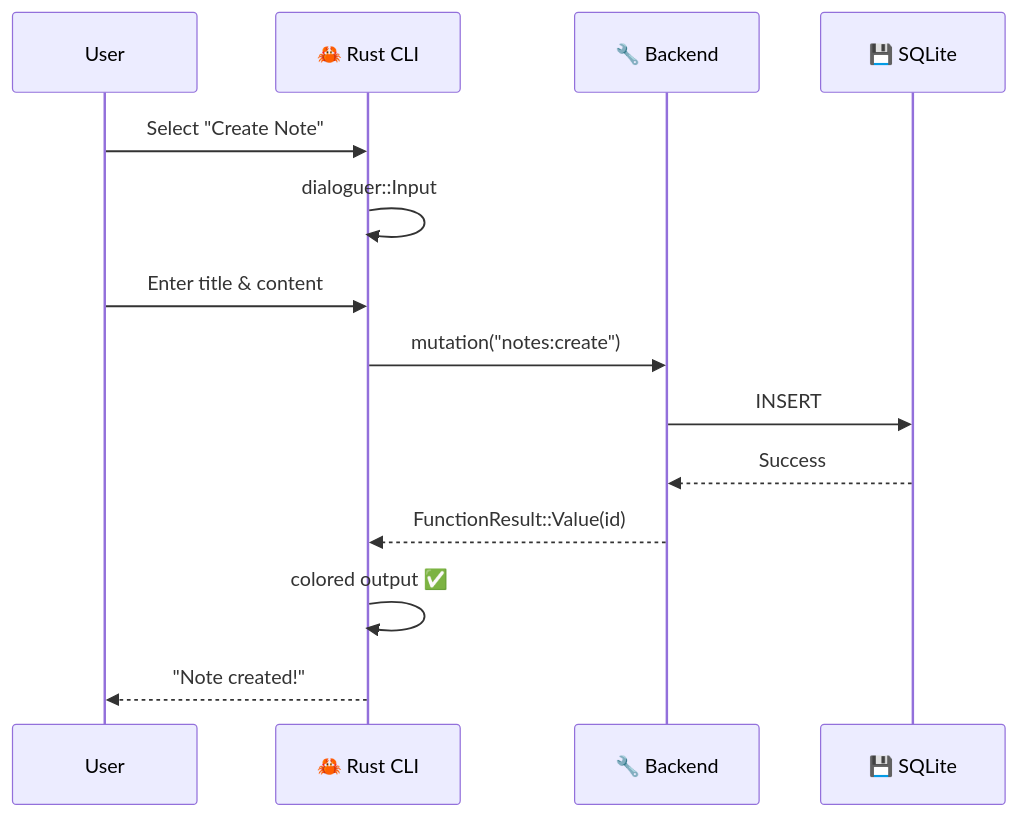
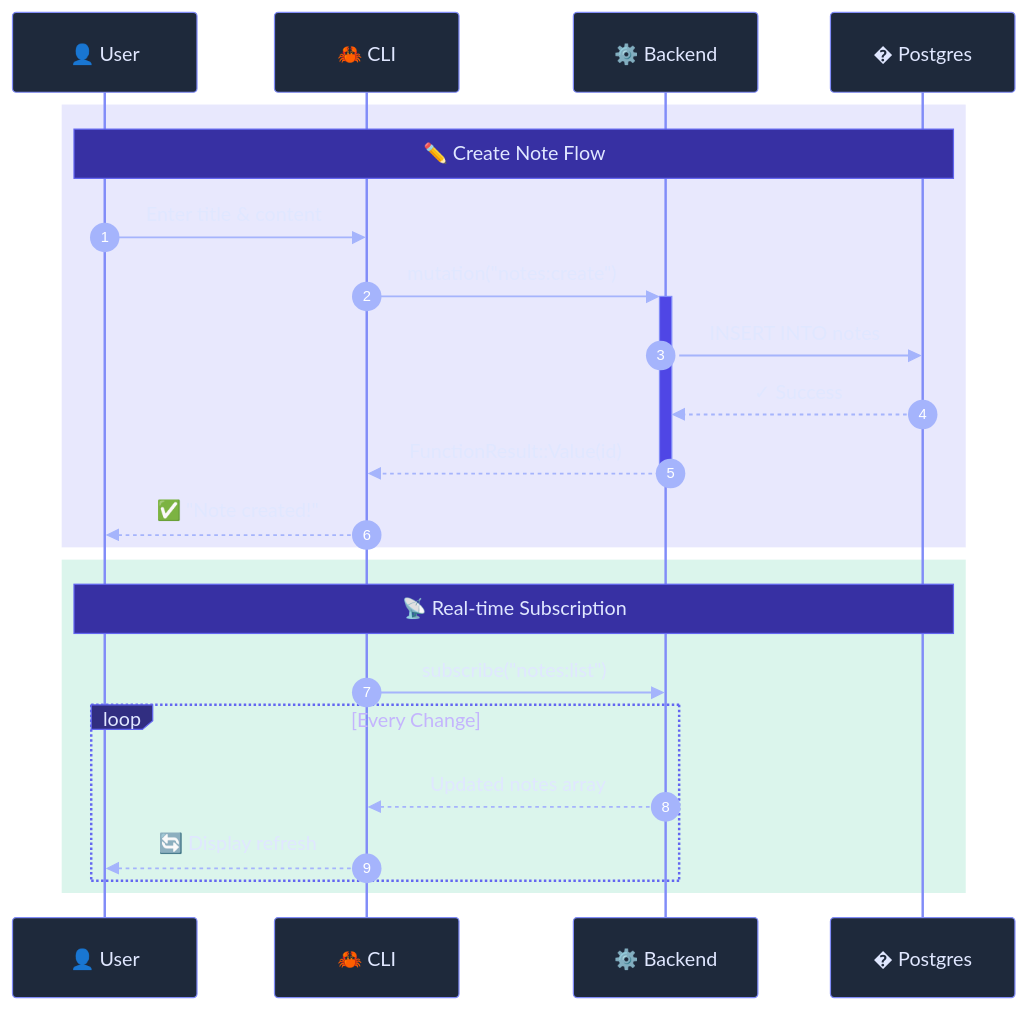
The third of 5 diagrams in README.md (sabry-awad97/convex-notes), drawn with Mermaid before and after one commit. The commit also changed other lines of this file, not shown here.

````diff
--- a/README.md
+++ b/README.md
@@ -273,17 +278,30 @@
 ```mermaid
+%%{init: {'theme': 'base', 'themeVariables': { 'primaryColor': '#6366f1', 'actorBkg': '#1e293b', 'actorBorder': '#818cf8', 'actorTextColor': '#e0e7ff', 'signalColor': '#a5b4fc', 'signalTextColor': '#e0e7ff', 'labelBoxBkgColor': '#312e81', 'labelBoxBorderColor': '#6366f1', 'labelTextColor': '#e0e7ff', 'loopTextColor': '#c4b5fd', 'noteBkgColor': '#3730a3', 'noteTextColor': '#e0e7ff', 'noteBorderColor': '#6366f1', 'activationBkgColor': '#4f46e5', 'activationBorderColor': '#818cf8', 'sequenceNumberColor': '#fff'}}}%%
+
 sequenceDiagram
-    participant User
-    participant CLI as 🦀 Rust CLI
-    participant Convex as 🔧 Backend
-    participant DB as 💾 SQLite
+    autonumber
 
-    User->>CLI: Select "Create Note"
-    CLI->>CLI: dialoguer::Input
-    User->>CLI: Enter title & content
-    CLI->>Convex: mutation("notes:create")
-    Convex->>DB: INSERT
-    DB-->>Convex: Success
-    Convex-->>CLI: FunctionResult::Value(id)
-    CLI->>CLI: colored output ✅
-    CLI-->>User: "Note created!"
+    participant U as 👤 User
+    participant C as 🦀 CLI
+    participant B as ⚙️ Backend
+    participant D as � Postgres
+
+    rect rgba(99, 102, 241, 0.15)
+        Note over U,D: ✏️ Create Note Flow
+        U->>C: Enter title & content
+        C->>+B: mutation("notes:create")
+        B->>D: INSERT INTO notes
+        D-->>B: ✓ Success
+        B-->>-C: FunctionResult::Value(id)
+        C-->>U: ✅ "Note created!"
+    end
+
+    rect rgba(16, 185, 129, 0.15)
+        Note over U,D: 📡 Real-time Subscription
+        C->>B: subscribe("notes:list")
+        loop Every Change
+            B-->>C: Updated notes array
+            C-->>U: 🔄 Display refresh
+        end
+    end
 ```
````
